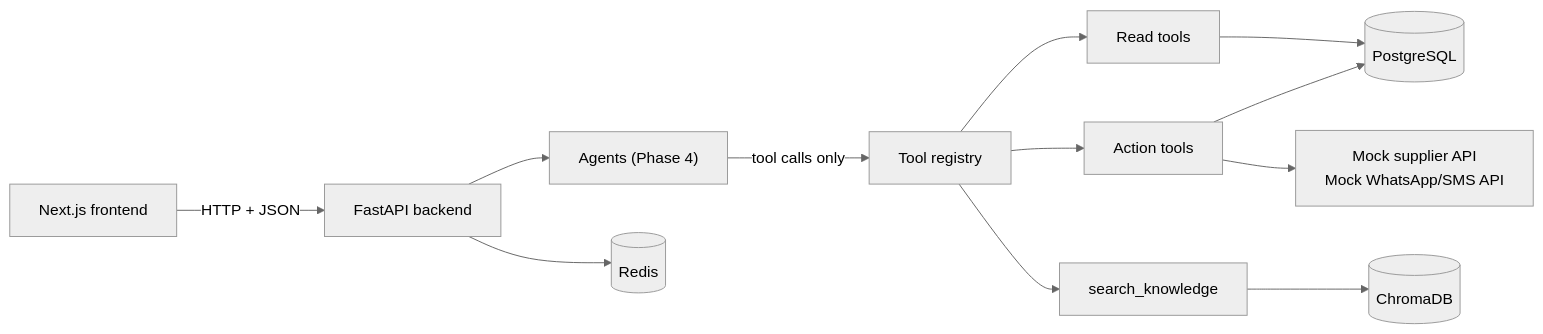
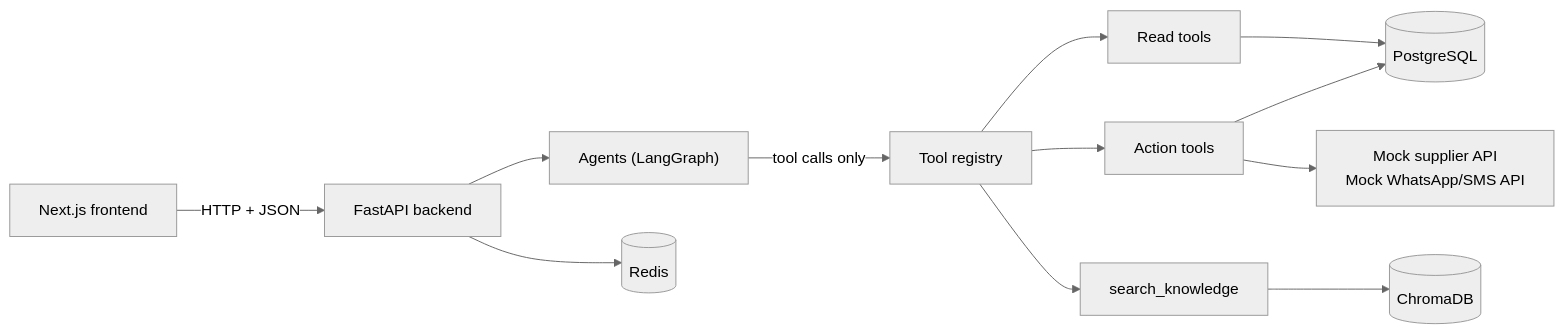
Before and after one commit to maharshi566/ORM_AI: the first of 3 diagrams in docs/how-it-works.md, drawn with Mermaid (neutral theme). The commit also changed other lines of this file and 73 other files, not shown here.

````diff
--- a/docs/how-it-works.md
+++ b/docs/how-it-works.md
@@ -19,14 +20,14 @@
 ```mermaid
 flowchart LR
     UI[Next.js frontend] -->|HTTP + JSON| API[FastAPI backend]
-    API --> AG["Agents (Phase 4)"]
+    API --> AG["Agents (LangGraph)"]
     AG -->|tool calls only| REG[Tool registry]
     REG --> RT[Read tools]
     REG --> AT[Action tools]
     REG --> KT[search_knowledge]
     RT --> DB[(PostgreSQL)]
     AT --> DB
     AT --> EXT[Mock supplier API<br/>Mock WhatsApp/SMS API]
     KT --> CH[(ChromaDB)]
     API --> RD[(Redis)]
 ```
````
